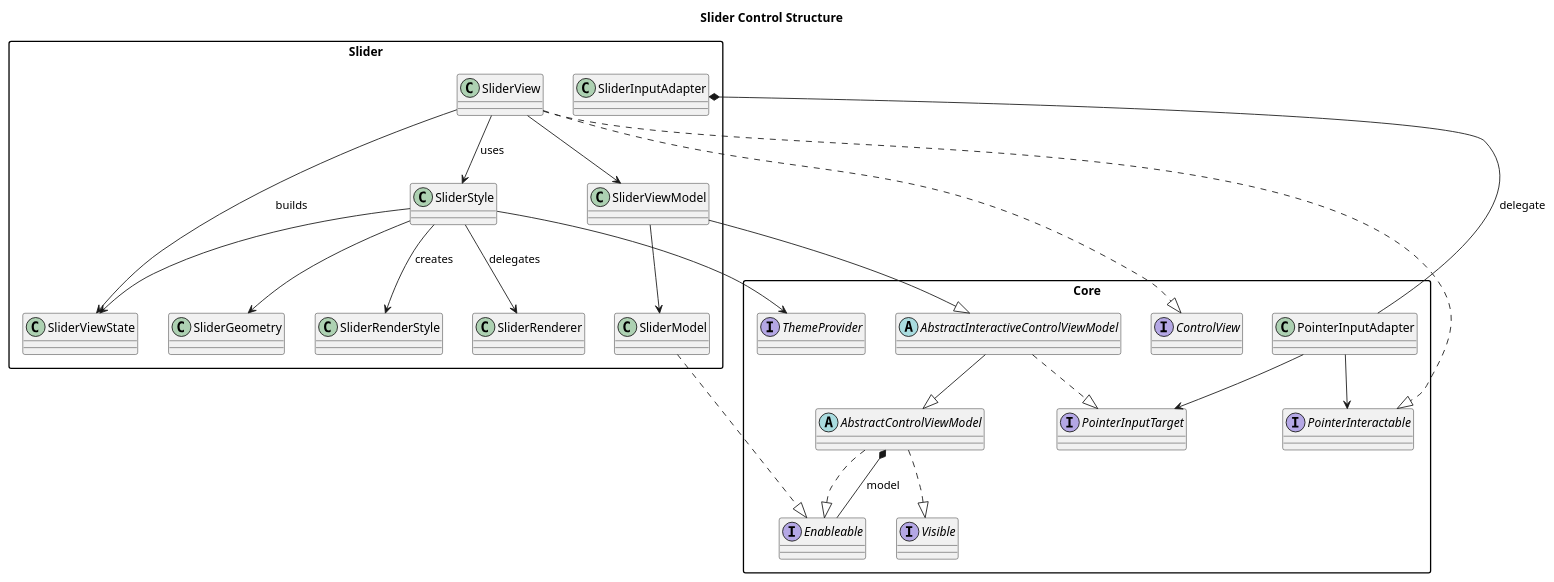
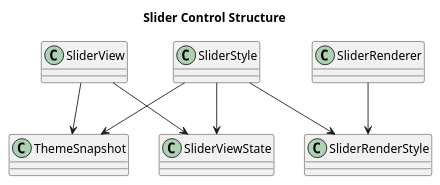
The diagram in docs/uml/control_slider.puml (cdpoloz/cpz-mvvm-processing-controls), drawn with PlantUML before and after one commit. The commit also changed 53 other files, not shown here.

```diff
--- a/docs/uml/control_slider.puml
+++ b/docs/uml/control_slider.puml
@@ -1,51 +1,19 @@
 @startuml
 title Slider Control Structure
 skinparam packageStyle rectangle
 skinparam shadowing false
 
-package "Core" {
-  interface Enableable
-  interface Visible
-  interface ControlView
-  interface PointerInputTarget
-  interface PointerInteractable
-  abstract class AbstractControlViewModel
-  abstract class AbstractInteractiveControlViewModel
-  class PointerInputAdapter
-  interface ThemeProvider
-}
+class SliderView
+class SliderViewState
+class SliderStyle
+class SliderRenderStyle
+class SliderRenderer
+class ThemeSnapshot
 
-package "Slider" {
-  class SliderModel
-  class SliderViewModel
-  class SliderView
-  class SliderInputAdapter
-  class SliderViewState
-  class SliderGeometry
-  class SliderStyle
-  class SliderRenderStyle
-  class SliderRenderer
-}
-
-AbstractControlViewModel ..|> Visible
-AbstractControlViewModel ..|> Enableable
-AbstractInteractiveControlViewModel --|> AbstractControlViewModel
-AbstractInteractiveControlViewModel ..|> PointerInputTarget
-SliderModel ..|> Enableable
-SliderViewModel --|> AbstractInteractiveControlViewModel
-SliderView ..|> ControlView
-SliderView ..|> PointerInteractable
-AbstractControlViewModel *-- Enableable : model
-SliderViewModel --> SliderModel
-SliderView --> SliderViewModel
-SliderView --> SliderViewState : builds
-SliderView --> SliderStyle : uses
+SliderView --> SliderViewState
+SliderView --> ThemeSnapshot
 SliderStyle --> SliderViewState
-SliderStyle --> SliderGeometry
-SliderStyle --> SliderRenderStyle : creates
-SliderStyle --> SliderRenderer : delegates
-SliderStyle --> ThemeProvider
-PointerInputAdapter --> PointerInteractable
-PointerInputAdapter --> PointerInputTarget
-SliderInputAdapter *-- PointerInputAdapter : delegate
+SliderStyle --> ThemeSnapshot
+SliderStyle --> SliderRenderStyle
+SliderRenderer --> SliderRenderStyle
 @enduml
```
